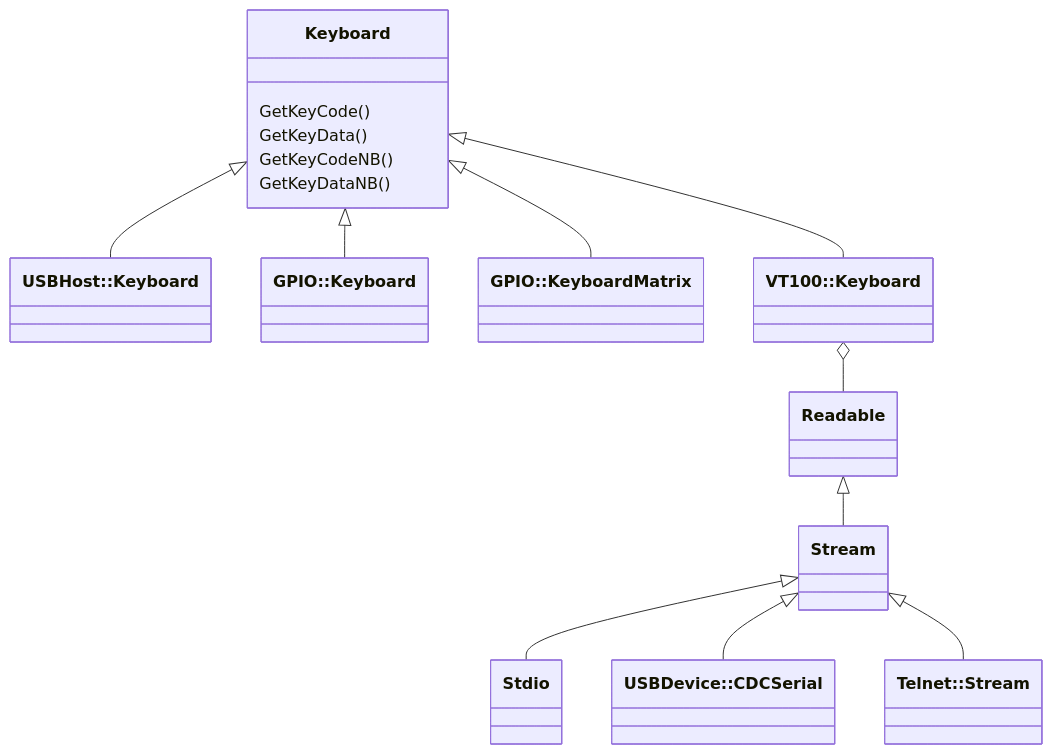
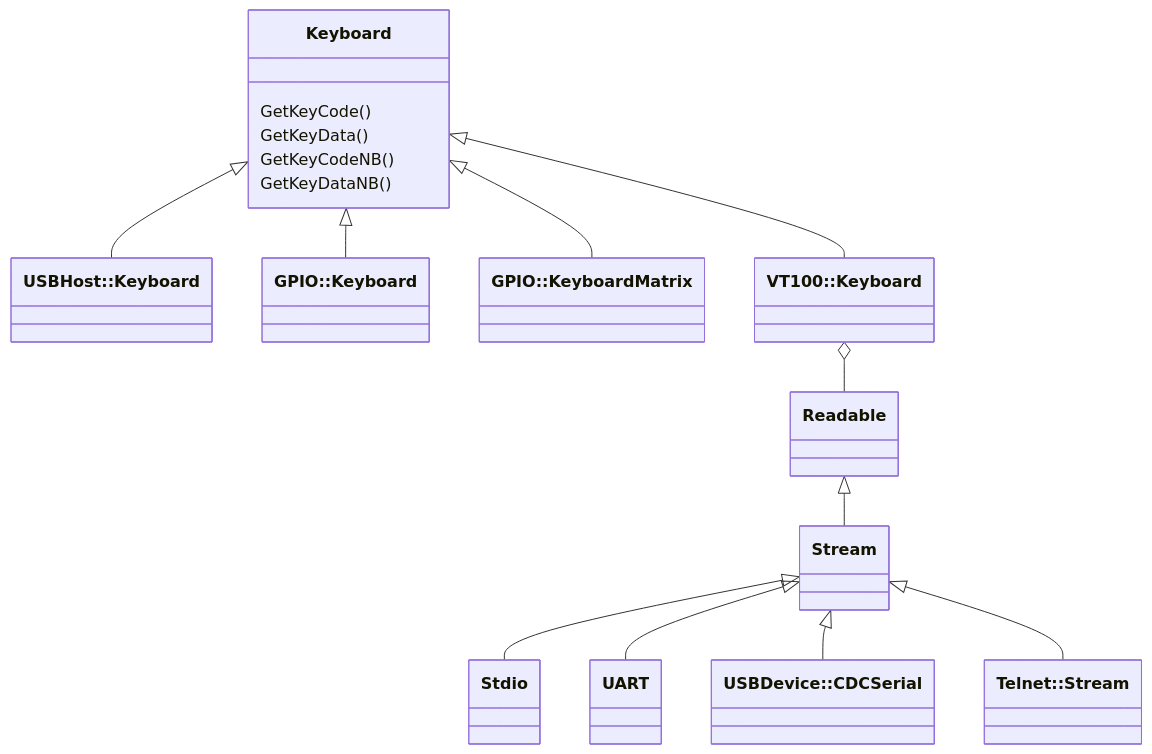
Before and after one commit to ypsitau/pico-jxglib: the diagram in docs/library/keyboard/index.md, drawn with Mermaid. The commit also changed 1 other file, not shown here.

Commit message:
updating documents

````diff
--- a/docs/library/keyboard/index.md
+++ b/docs/library/keyboard/index.md
@@ -3,25 +3,27 @@
 ```mermaid
 classDiagram
   class Keyboard {
     GetKeyCode()
     GetKeyData()
     GetKeyCodeNB()
     GetKeyDataNB()
   }
   class USBHost_Keyboard["USBHost::Keyboard"]
   class GPIO_Keyboard["GPIO::Keyboard"]
   class GPIO_KeyboardMatrix["GPIO::KeyboardMatrix"]
   class VT100_Keyboard["VT100::Keyboard"]
   class Stdio
+  class UART
   class USBDevice_CDCSerial["USBDevice::CDCSerial"]
   class Telnet_Stream["Telnet::Stream"]
   Keyboard <|-- USBHost_Keyboard
   Keyboard <|-- GPIO_Keyboard
   Keyboard <|-- GPIO_KeyboardMatrix
   Keyboard <|-- VT100_Keyboard
   VT100_Keyboard o-- Readable
   Readable <|-- Stream
   Stream <|-- Stdio
+  Stream <|-- UART
   Stream <|-- USBDevice_CDCSerial
   Stream <|-- Telnet_Stream
 ```
````
